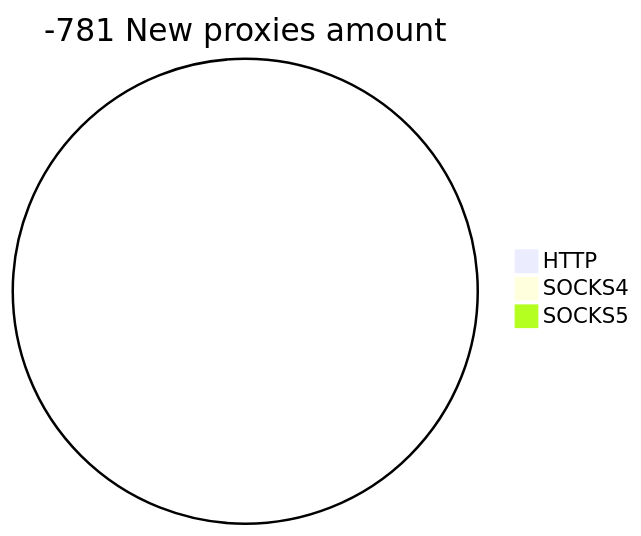
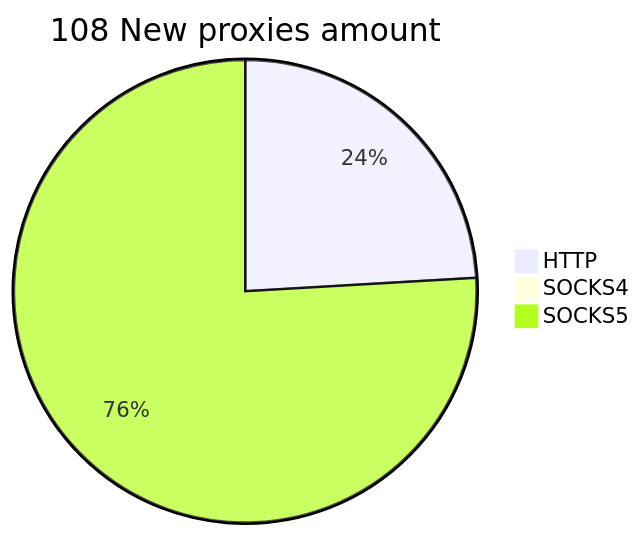
Before and after one commit to cutipu/proxylist: the second of 2 diagrams in README.md, drawn with Mermaid. The commit also changed other lines of this file, not shown here.

````diff
--- a/README.md
+++ b/README.md
@@ -10,6 +10,6 @@
 ```mermaid
-pie title -781 New proxies amount
-    "HTTP" : 0
+pie title 108 New proxies amount
+    "HTTP" : 26
     "SOCKS4" : 0
-    "SOCKS5" : 0
+    "SOCKS5" : 82
 ```
````
